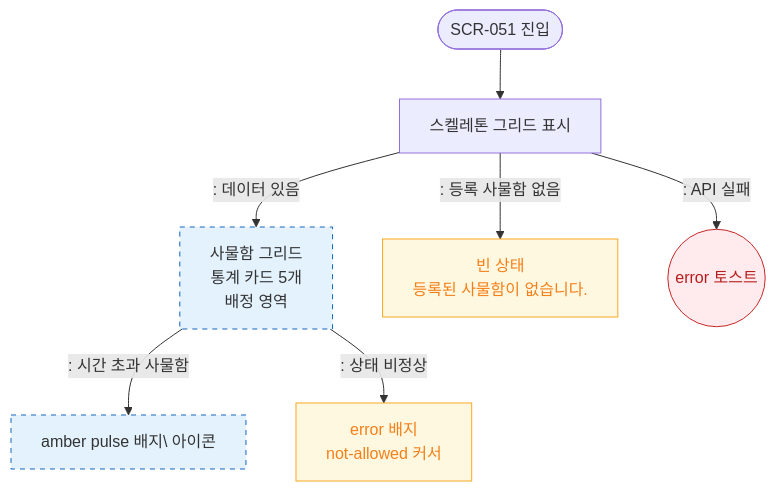
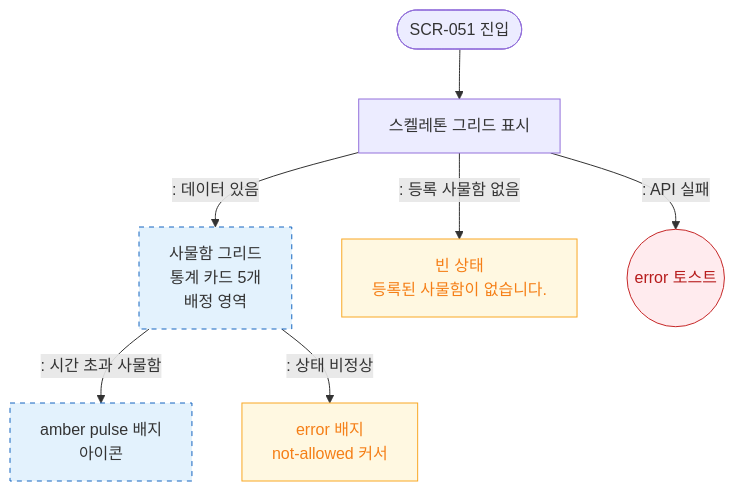
One commit to dev-spogym/admin-pando changed the diagram in docs/admin/다이어그램/D06_시설관리/SCR-051_사물함배정관리/F6_상태별화면.md. Above: the diagram before and after it, drawn with Mermaid. The commit also changed 369 other files, not shown here.

````diff
--- a/docs/admin/다이어그램/D06_시설관리/SCR-051_사물함배정관리/F6_상태별화면.md
+++ b/docs/admin/다이어그램/D06_시설관리/SCR-051_사물함배정관리/F6_상태별화면.md
@@ -14,17 +14,17 @@
 ```mermaid
 flowchart TD
     ENTER([SCR-051 진입]) --> Loading[스켈레톤 그리드 표시]
     Loading -->|": 데이터 있음"|StateNormal[사물함 그리드\n통계 카드 5개\n배정 영역]
     Loading -->|": 등록 사물함 없음"|StateEmpty[빈 상태\n등록된 사물함이 없습니다.]
     Loading -->|": API 실패"|StateErr((error 토스트))
 
-    StateNormal -->|": 시간 초과 사물함"|OvertimeBadge[amber pulse 배지\ 아이콘]
+    StateNormal -->|": 시간 초과 사물함"|OvertimeBadge[amber pulse 배지<br/> 아이콘]
     StateNormal -->|": 상태 비정상"|AbnormalBadge[error 배지\nnot-allowed 커서]
 
     classDef screen fill:#E3F2FD,stroke:#1565C0,stroke-dasharray:5 5
     classDef warning fill:#FFF8E1,stroke:#F9A825,color:#F57F17
     classDef error fill:#FFEBEE,stroke:#C62828,color:#B71C1C
     class StateNormal,OvertimeBadge screen
     class StateEmpty,AbnormalBadge warning
     class StateErr error
 ```
````
